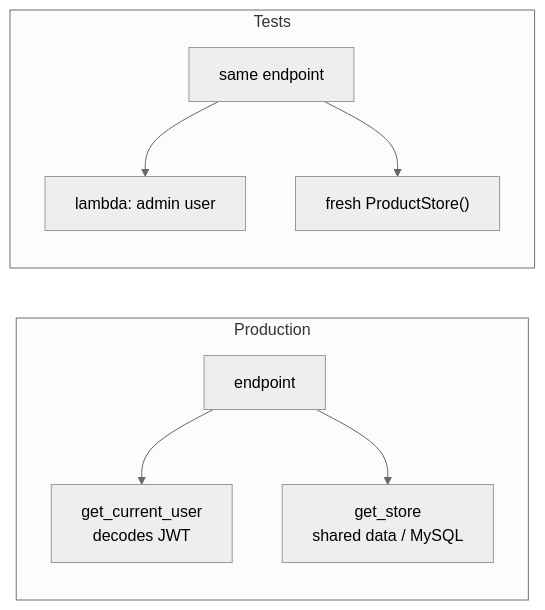
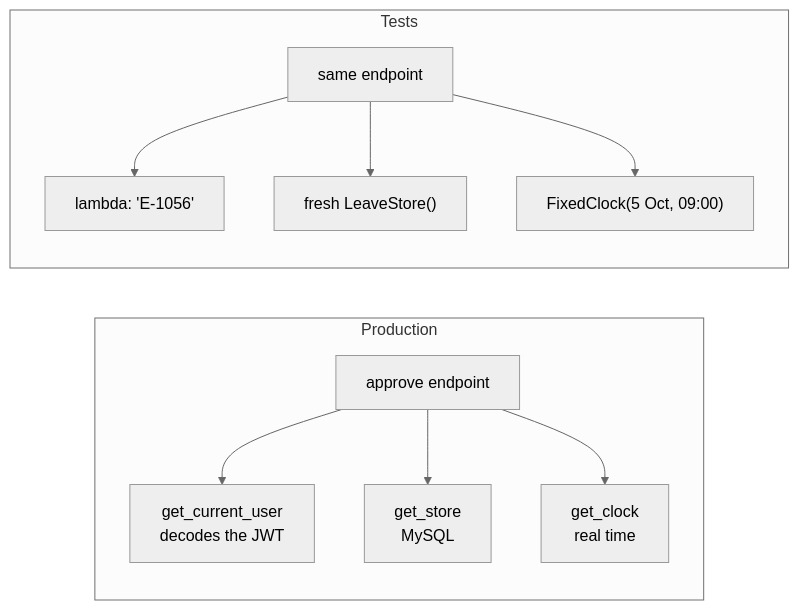
One commit to kyedumati/KASI-FULLSTACK-MATERIAL changed the diagram in docs/python/fastapi/11-testing-fastapi.md. Above: the diagram before and after it, drawn with Mermaid (neutral theme). The commit also changed other lines of this file and 17 other files, not shown here.

````diff
--- a/docs/python/fastapi/11-testing-fastapi.md
+++ b/docs/python/fastapi/11-testing-fastapi.md
@@ -260,11 +361,13 @@
 ```mermaid
 flowchart LR
   subgraph Production
-    E1["endpoint"] --> D1["get_current_user<br/>decodes JWT"]
-    E1 --> S1["get_store<br/>shared data / MySQL"]
+    E1["approve endpoint"] --> D1["get_current_user<br/>decodes the JWT"]
+    E1 --> S1["get_store<br/>MySQL"]
+    E1 --> C1["get_clock<br/>real time"]
   end
   subgraph Tests
-    E2["same endpoint"] --> D2["lambda: admin user"]
-    E2 --> S2["fresh ProductStore()"]
+    E2["same endpoint"] --> D2["lambda: 'E-1056'"]
+    E2 --> S2["fresh LeaveStore()"]
+    E2 --> C2["FixedClock(5 Oct, 09:00)"]
   end
 ```
````
